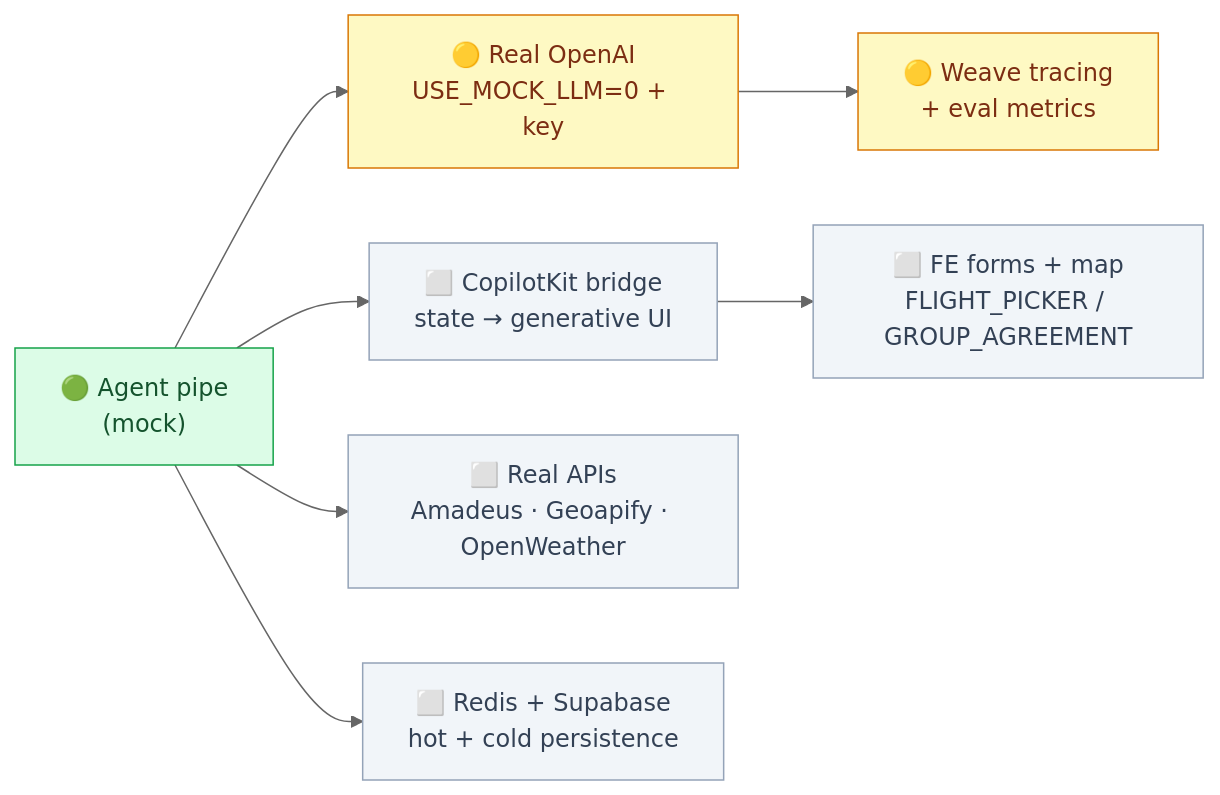
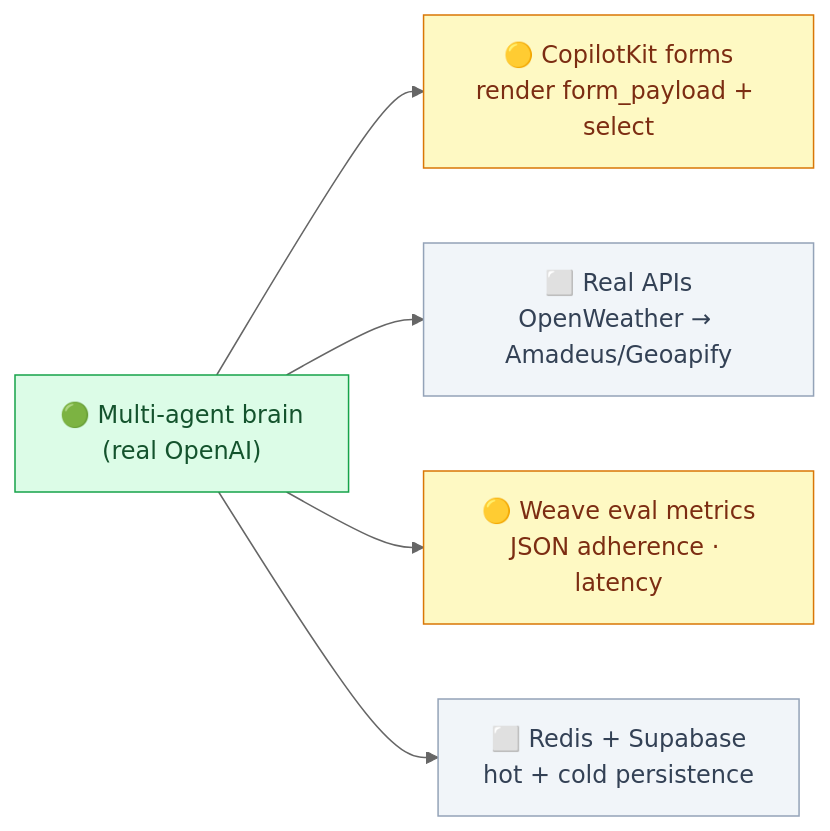
The third of 3 diagrams in STATUS.md (zhastdoit/MyTravelCompanion), drawn with Mermaid (neutral theme) before and after one commit. The commit also changed other lines of this file and 2 other files, not shown here.

First line of the commit message:
Refresh docs to current state (SyncTrip backend, forms, chat, cost cap)

````diff
--- a/STATUS.md
+++ b/STATUS.md
@@ -98,15 +97,13 @@
 ```mermaid
 flowchart LR
-  A["🟢 Agent pipe<br/>(mock)"]:::done
+  A["🟢 Multi-agent brain<br/>(real OpenAI)"]:::done
 
-  A --> B["🟡 Real OpenAI<br/>USE_MOCK_LLM=0 + key"]:::next
-  B --> C["🟡 Weave tracing<br/>+ eval metrics"]:::next
-  A --> D["⬜ CopilotKit bridge<br/>state → generative UI"]:::todo
-  D --> E["⬜ FE forms + map<br/>FLIGHT_PICKER / GROUP_AGREEMENT"]:::todo
-  A --> F["⬜ Real APIs<br/>Amadeus · Geoapify · OpenWeather"]:::todo
-  A --> G["⬜ Redis + Supabase<br/>hot + cold persistence"]:::todo
+  A --> B["🟡 CopilotKit forms<br/>render form_payload + select"]:::next
+  A --> C["⬜ Real APIs<br/>OpenWeather → Amadeus/Geoapify"]:::todo
+  A --> D["🟡 Weave eval metrics<br/>JSON adherence · latency"]:::next
+  A --> E["⬜ Redis + Supabase<br/>hot + cold persistence"]:::todo
 
   classDef done fill:#dcfce7,stroke:#16a34a,color:#14532d;
   classDef next fill:#fef9c3,stroke:#d97706,color:#7c2d12;
   classDef todo fill:#f1f5f9,stroke:#94a3b8,color:#334155;
 ```
````
